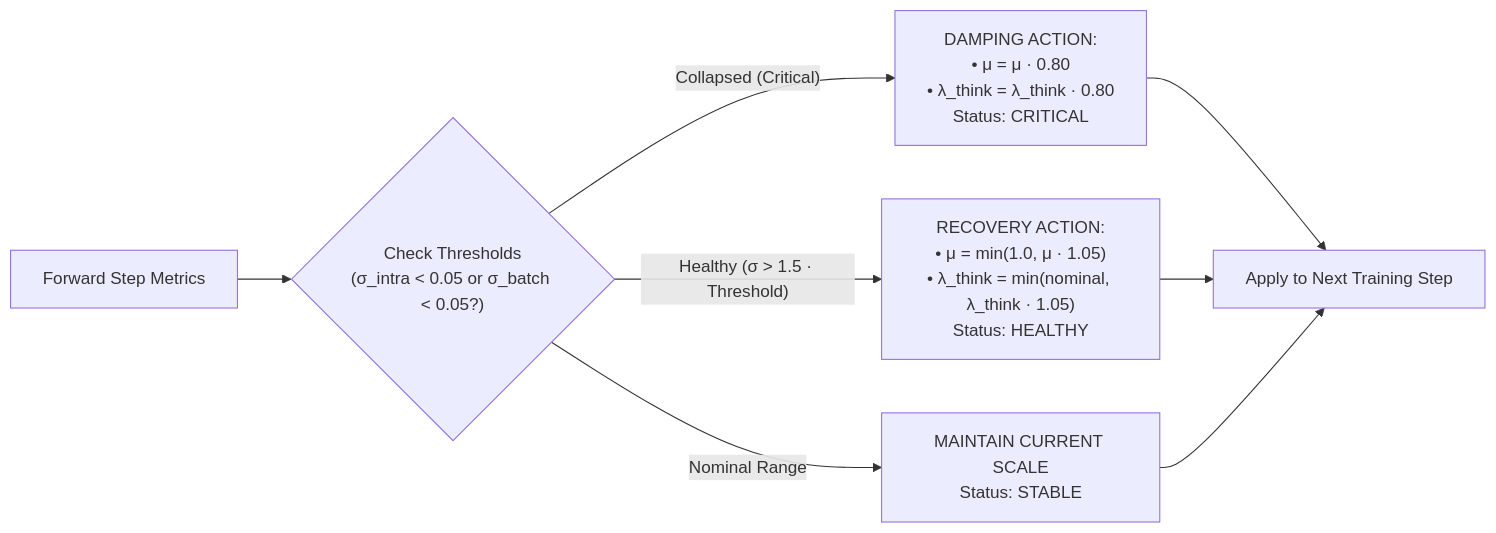
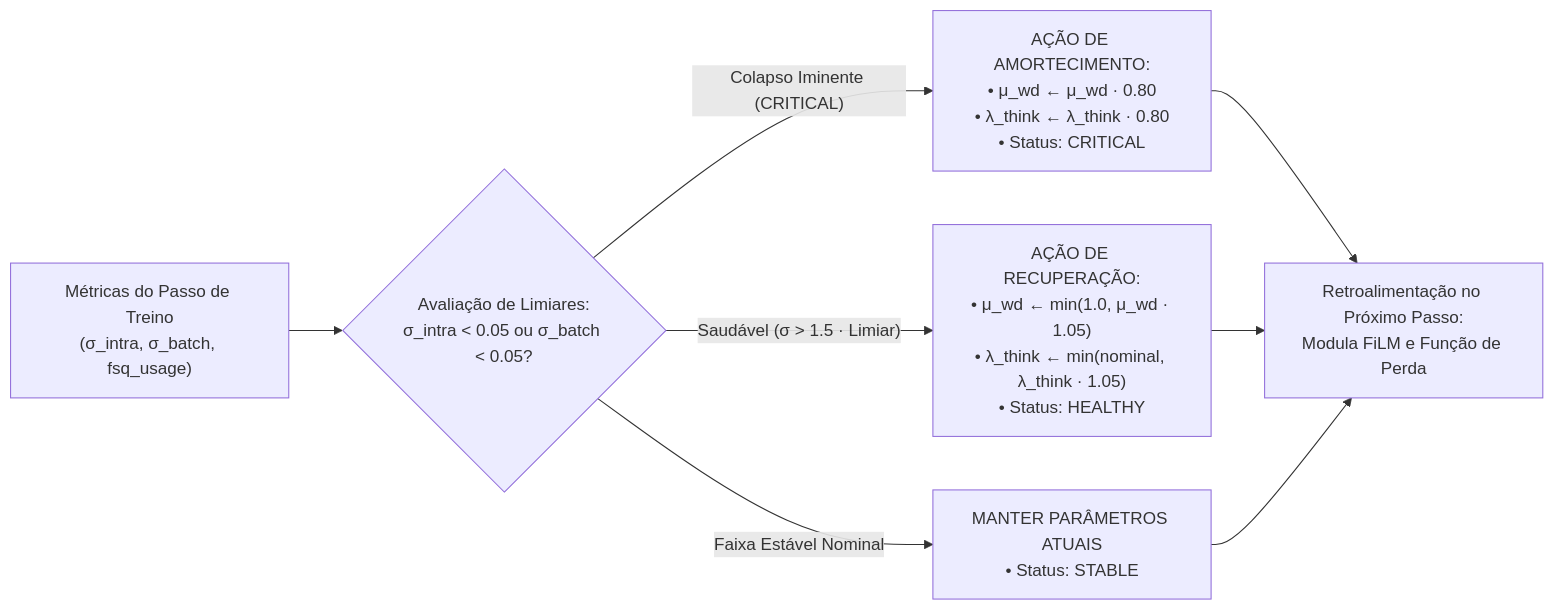
One commit to johnknevescarrijo/Noema-JEPAv1 changed the second of 2 diagrams in README.md. Above: the diagram before and after it, drawn with Mermaid. The commit also changed other lines of this file, not shown here.

````diff
--- a/README.md
+++ b/README.md
@@ -201,12 +467,12 @@
 ```mermaid
 flowchart LR
-    Step["Forward Step Metrics"] --> Watchdog{"Check Thresholds<br/>(σ_intra < 0.05 or σ_batch < 0.05?)"}
+    Metrics["Métricas do Passo de Treino<br/>(σ_intra, σ_batch, fsq_usage)"] --> Watchdog{"Avaliação de Limiares:<br/>σ_intra < 0.05 ou σ_batch < 0.05?"}
     
-    Watchdog -- "Collapsed (Critical)" --> Damp["DAMPING ACTION:<br/>• μ = μ · 0.80<br/>• λ_think = λ_think · 0.80<br/>Status: CRITICAL"]
-    Watchdog -- "Healthy (σ > 1.5 · Threshold)" --> Recover["RECOVERY ACTION:<br/>• μ = min(1.0, μ · 1.05)<br/>• λ_think = min(nominal, λ_think · 1.05)<br/>Status: HEALTHY"]
-    Watchdog -- "Nominal Range" --> Stable["MAINTAIN CURRENT SCALE<br/>Status: STABLE"]
+    Watchdog -- "Colapso Iminente (CRITICAL)" --> Damp["AÇÃO DE AMORTECIMENTO:<br/>• μ_wd ← μ_wd · 0.80<br/>• λ_think ← λ_think · 0.80<br/>• Status: CRITICAL"]
+    Watchdog -- "Saudável (σ > 1.5 · Limiar)" --> Recover["AÇÃO DE RECUPERAÇÃO:<br/>• μ_wd ← min(1.0, μ_wd · 1.05)<br/>• λ_think ← min(nominal, λ_think · 1.05)<br/>• Status: HEALTHY"]
+    Watchdog -- "Faixa Estável Nominal" --> Stable["MANTER PARÂMETROS ATUAIS<br/>• Status: STABLE"]
 
-    Damp --> Feedback["Apply to Next Training Step"]
-    Recover --> Feedback
-    Stable --> Feedback
+    Damp --> Apply["Retroalimentação no Próximo Passo:<br/>Modula FiLM e Função de Perda"]
+    Recover --> Apply
+    Stable --> Apply
 ```
````
